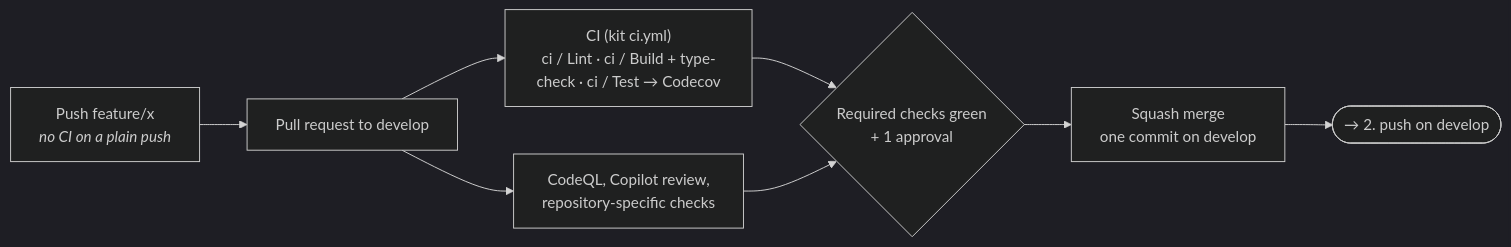
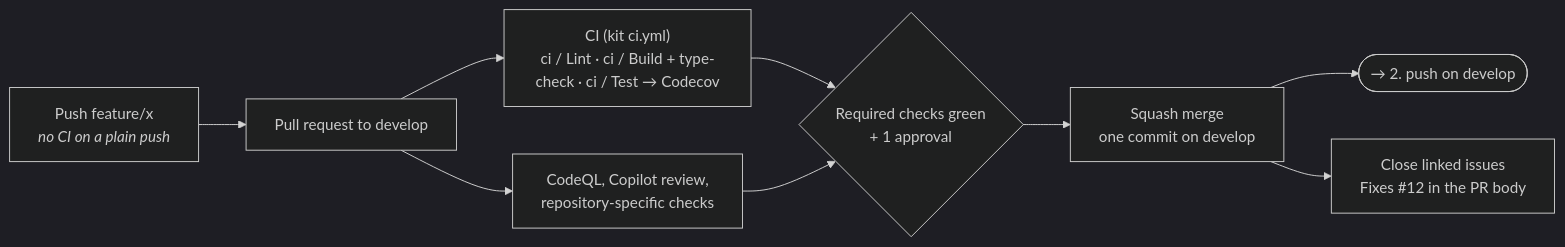
One commit to Navino16/.github changed the first of 5 diagrams in docs/lifecycle.md. Above: the diagram before and after it, drawn with Mermaid (dark theme). The commit also changed 4 other files, not shown here.

Commit message:
Add the reusable workflow closing linked issues on develop merges (#9)

````diff
--- a/docs/lifecycle.md
+++ b/docs/lifecycle.md
@@ -7,10 +7,11 @@
 ```mermaid
 flowchart LR
   push["Push feature/x<br/><i>no CI on a plain push</i>"] --> pr["Pull request to develop"]
   pr --> ci["CI (kit ci.yml)<br/>ci / Lint · ci / Build + type-check · ci / Test → Codecov"]
   pr --> other["CodeQL, Copilot review,<br/>repository-specific checks"]
   ci --> gate{"Required checks green<br/>+ 1 approval"}
   other --> gate
   gate --> squash["Squash merge<br/>one commit on develop"]
   squash --> dev(["→ 2. push on develop"])
+  squash --> close["Close linked issues<br/>Fixes #12 in the PR body"]
 ```
````
